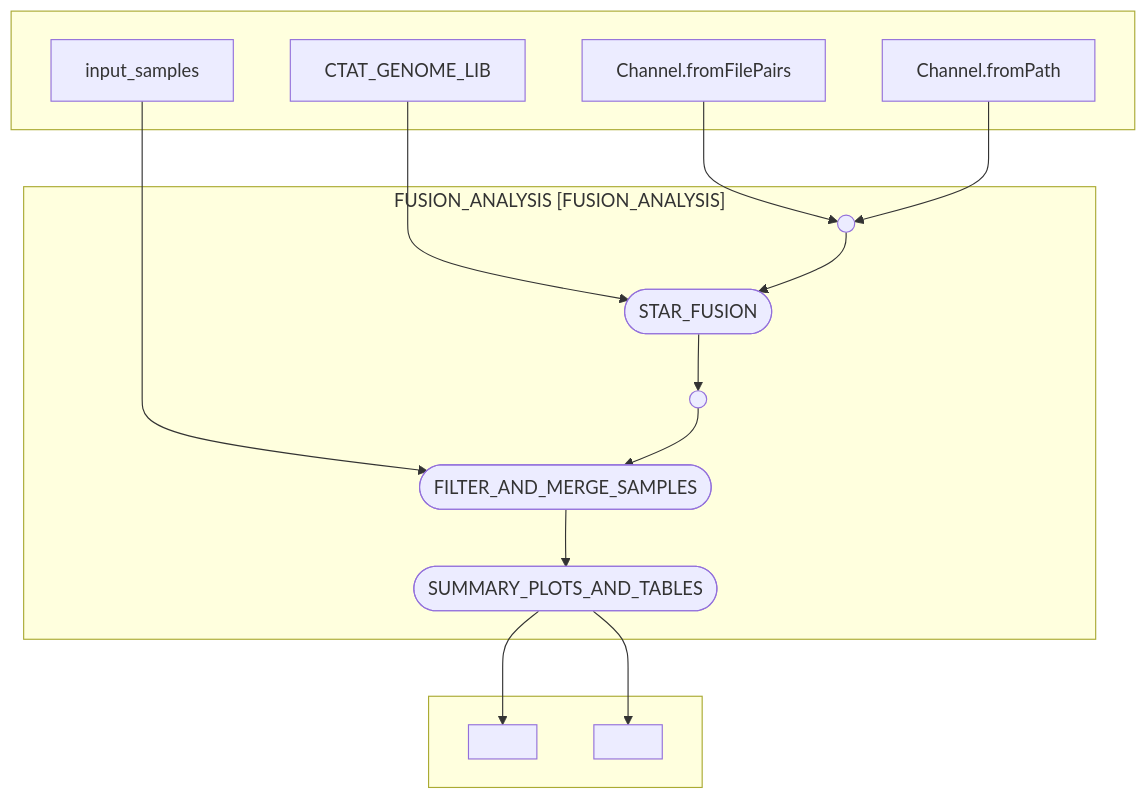
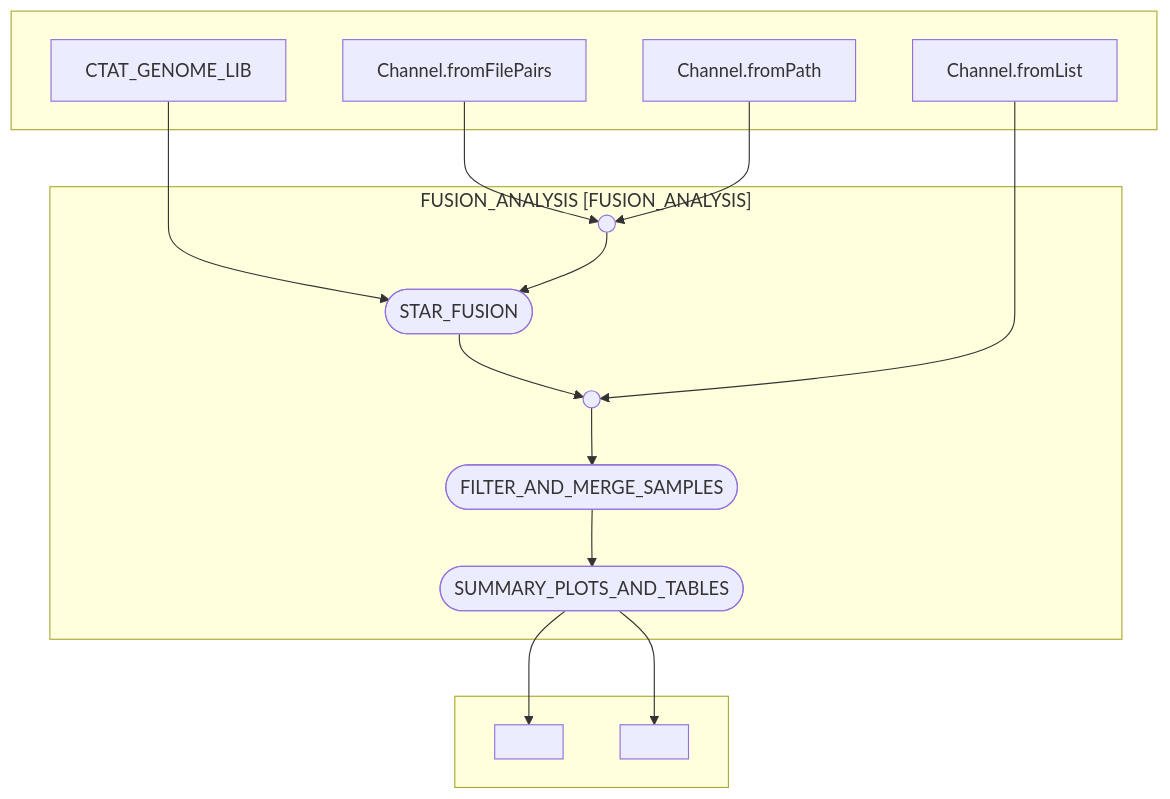
One commit to team113sanger/dermatlas_rnafusions_nf changed the diagram in README.md. Above: the diagram before and after it, drawn with Mermaid. The commit also changed other lines of this file and 5 other files, not shown here.

````diff
--- a/README.md
+++ b/README.md
@@ -70,30 +77,30 @@
 ```mermaid
 flowchart TB
     subgraph " "
     v0["Channel.fromFilePairs"]
     v2["Channel.fromPath"]
     v7["CTAT_GENOME_LIB"]
-    v13["input_samples"]
+    v12["Channel.fromList"]
     end
     subgraph "FUSION_ANALYSIS [FUSION_ANALYSIS]"
     v8(["STAR_FUSION"])
-    v14(["FILTER_AND_MERGE_SAMPLES"])
-    v15(["SUMMARY_PLOTS_AND_TABLES"])
+    v18(["FILTER_AND_MERGE_SAMPLES"])
+    v19(["SUMMARY_PLOTS_AND_TABLES"])
     v1(( ))
     v9(( ))
     end
     subgraph " "
-    v16[" "]
-    v17[" "]
+    v20[" "]
+    v21[" "]
     end
     v0 --> v1
     v2 --> v1
     v7 --> v8
     v1 --> v8
     v8 --> v9
-    v13 --> v14
-    v9 --> v14
-    v14 --> v15
-    v15 --> v17
-    v15 --> v16
+    v12 --> v9
+    v9 --> v18
+    v18 --> v19
+    v19 --> v21
+    v19 --> v20
 ```
````
